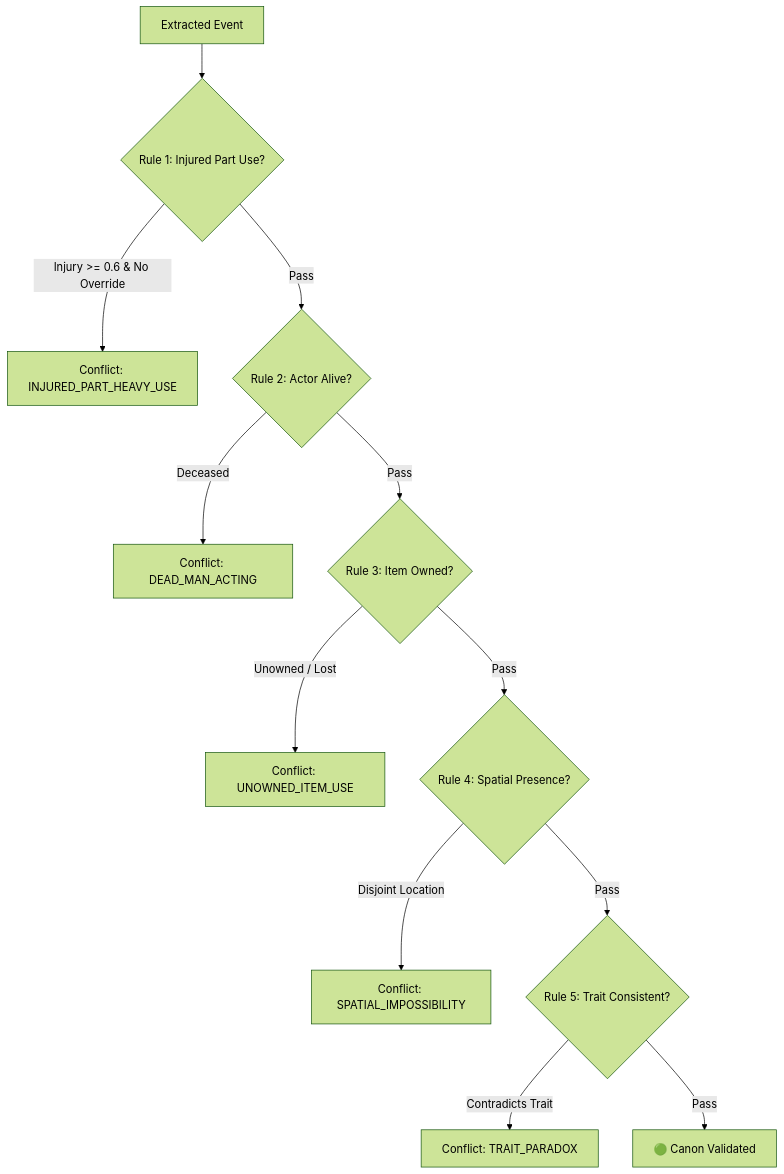
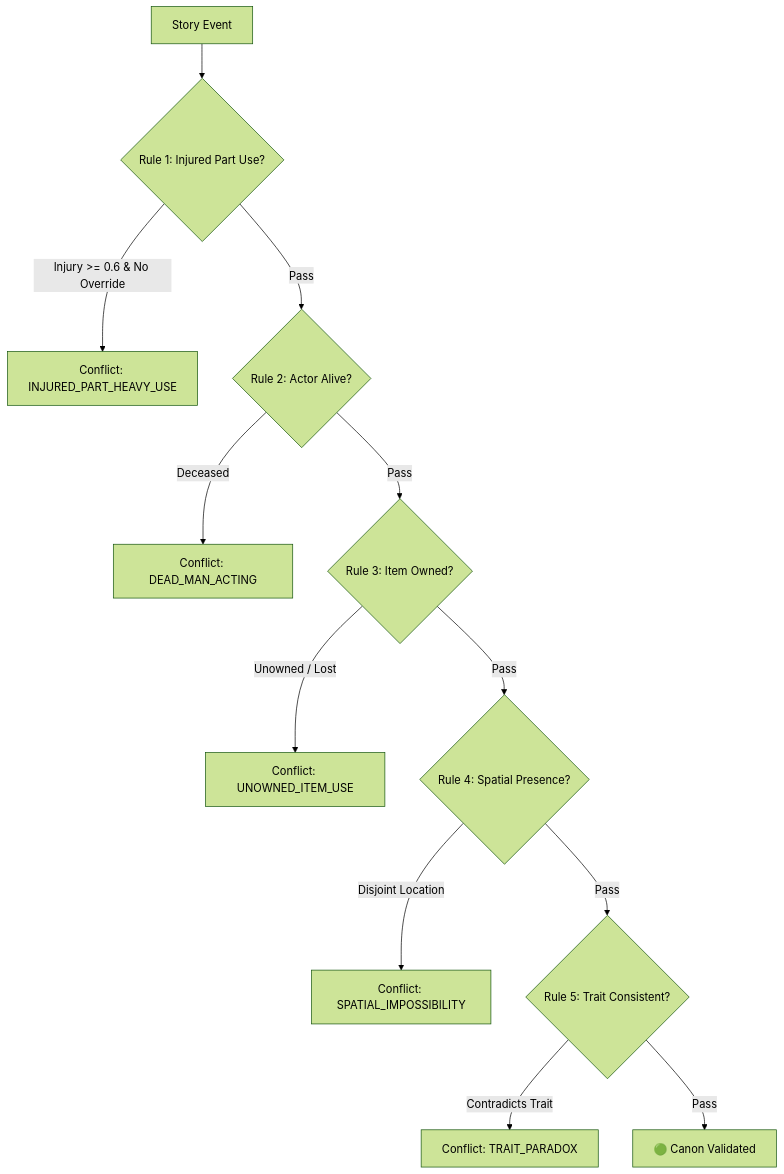
The diagram in README.md (SolInvictus-Team/retcon-radar), drawn with Mermaid (forest theme) before and after one commit. The commit also changed other lines of this file, not shown here.

````diff
--- a/README.md
+++ b/README.md
@@ -189,14 +133,14 @@
 ```mermaid
 flowchart TD
-    E[Extracted Event] --> R1{Rule 1: Injured Part Use?}
+    E[Story Event] --> R1{Rule 1: Injured Part Use?}
     R1 -- Injury >= 0.6 & No Override --> C1[Conflict: INJURED_PART_HEAVY_USE]
     R1 -- Pass --> R2{Rule 2: Actor Alive?}
     R2 -- Deceased --> C2[Conflict: DEAD_MAN_ACTING]
     R2 -- Pass --> R3{Rule 3: Item Owned?}
     R3 -- Unowned / Lost --> C3[Conflict: UNOWNED_ITEM_USE]
     R3 -- Pass --> R4{Rule 4: Spatial Presence?}
     R4 -- Disjoint Location --> C4[Conflict: SPATIAL_IMPOSSIBILITY]
     R4 -- Pass --> R5{Rule 5: Trait Consistent?}
     R5 -- Contradicts Trait --> C5[Conflict: TRAIT_PARADOX]
     R5 -- Pass --> OK[🟢 Canon Validated]
 ```
````
